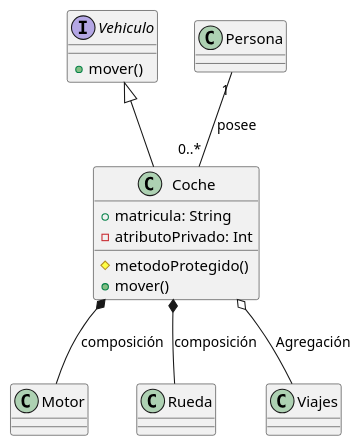
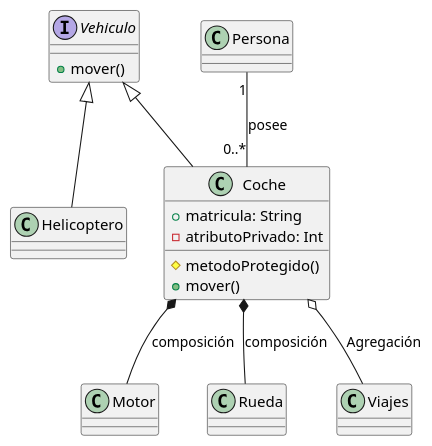
One commit to alvarogonzalezsotillo/apuntes-clase changed the first of 10 diagrams in entornos-de-desarrollo/apuntes/6/ED-06-uml.org. Above: the diagram before and after it, drawn with PlantUML. The commit also changed other lines of this file and 12 other files, not shown here.

Commit message:
más diagramas

```diff
--- a/entornos-de-desarrollo/apuntes/6/ED-06-uml.org
+++ b/entornos-de-desarrollo/apuntes/6/ED-06-uml.org
@@ -58,37 +58,42 @@
 #+begin_src plantuml :file media/leyenda-clases.svg
 @startuml
 
 ' === Clases e interfaces ===
 interface Vehiculo {
   +mover()
+}
+
+class Helicoptero{
+        
 }
 
 class Coche {
   +matricula: String
   -atributoPrivado: Int
   #metodoProtegido()
   +mover()
 }
 
 class Motor
 class Rueda
 class Persona
 
 ' === Herencia (generalización) ===
 Vehiculo <|-- Coche
+Vehiculo <|-- Helicoptero
 
 ' === Composición (parte fuerte, ciclo de vida dependiente) ===
 Coche *-- Motor : composición
 
 ' === Agregación (parte débil) ===
 Coche *-- Rueda : composición
 
 Coche o-- Viajes : Agregación
 
 
 ' === Relación con cardinalidad ===
 Persona "1" -- "0..*" Coche : posee
 
 
 @enduml
 #+end_src
```
